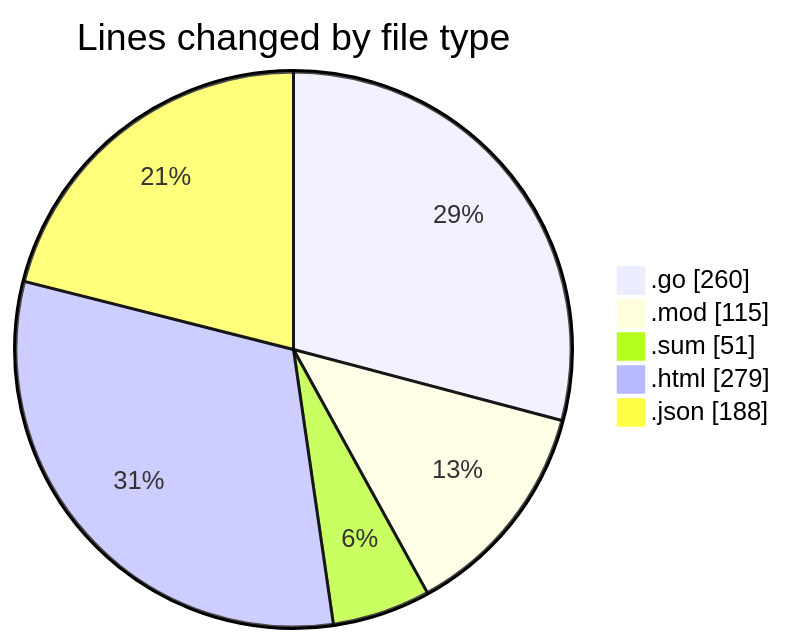
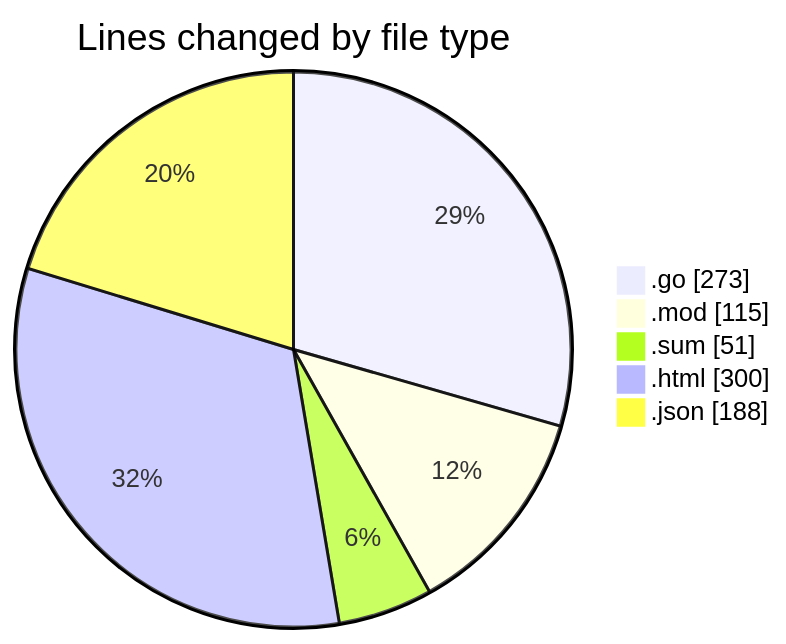
Before and after one commit to Ritupan-Deka/code-tracking: the first of 2 diagrams in 2025-11-01/backend/README.md, drawn with Mermaid. The commit also changed other lines of this file and 1 other file, not shown here.

````diff
--- a/2025-11-01/backend/README.md
+++ b/2025-11-01/backend/README.md
@@ -30,9 +30,9 @@
 ```mermaid
 pie showData
 title Lines changed by file type
-".go" : 260
+".go" : 273
 ".mod" : 115
 ".sum" : 51
-".html" : 279
+".html" : 300
 ".json" : 188
 ```
````
